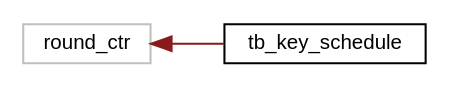
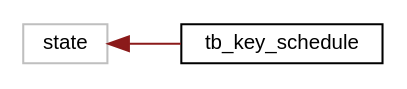
One commit to FlorianFrank/SPECK_Cipher_Verilog changed the diagram in inherit_graph_5.dot. Above: the diagram before and after it, drawn with Graphviz. The commit also changed 95 other files, not shown here.

```diff
--- a/inherit_graph_5.dot
+++ b/inherit_graph_5.dot
@@ -1,10 +1,10 @@
 digraph "Graphical Class Hierarchy"
 {
  // INTERACTIVE_SVG=YES
   edge [fontname="Helvetica",fontsize="10",labelfontname="Helvetica",labelfontsize="10"];
   node [fontname="Helvetica",fontsize="10",shape=record];
   rankdir="LR";
-  Node10 [label="round_ctr",height=0.2,width=0.4,color="grey75", fillcolor="white", style="filled"];
-  Node10 -> Node0 [dir="back",color="firebrick4",fontsize="10",style="solid",fontname="Helvetica"];
+  Node3 [label="state",height=0.2,width=0.4,color="grey75", fillcolor="white", style="filled"];
+  Node3 -> Node0 [dir="back",color="firebrick4",fontsize="10",style="solid",fontname="Helvetica"];
   Node0 [label="tb_key_schedule",height=0.2,width=0.4,color="black", fillcolor="white", style="filled",URL="$dc/d71/enumtb__key__schedule.html"];
 }
```
